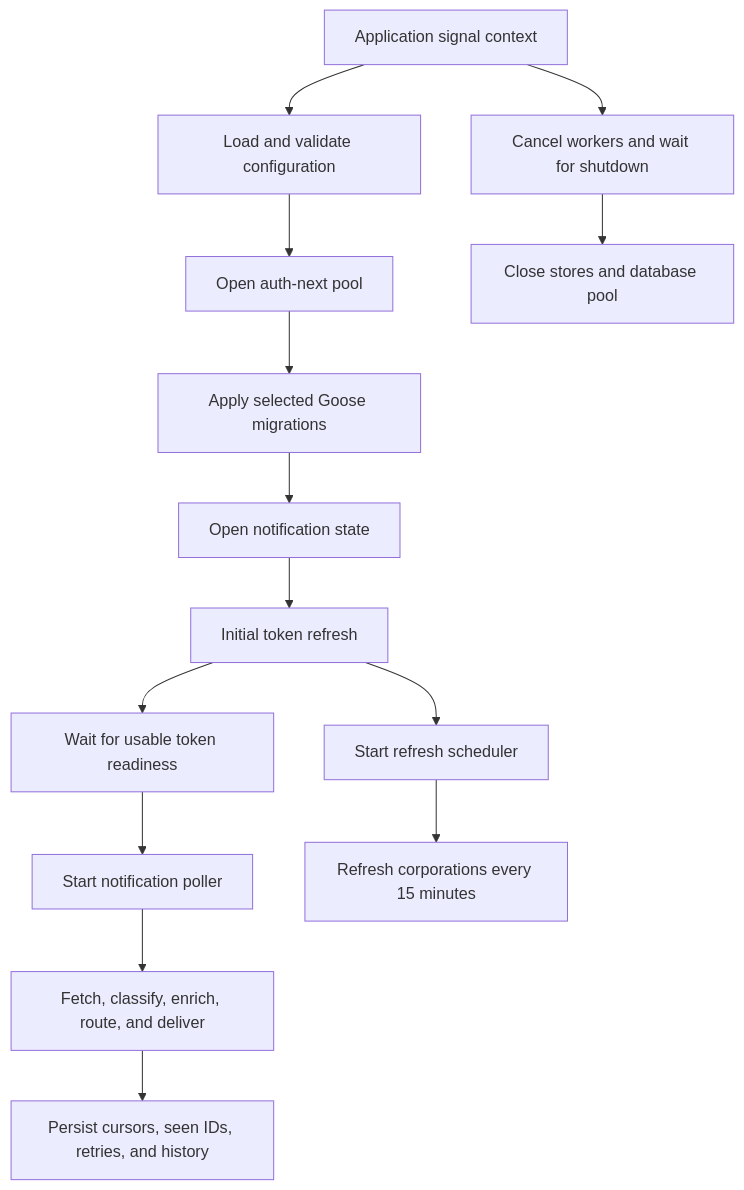
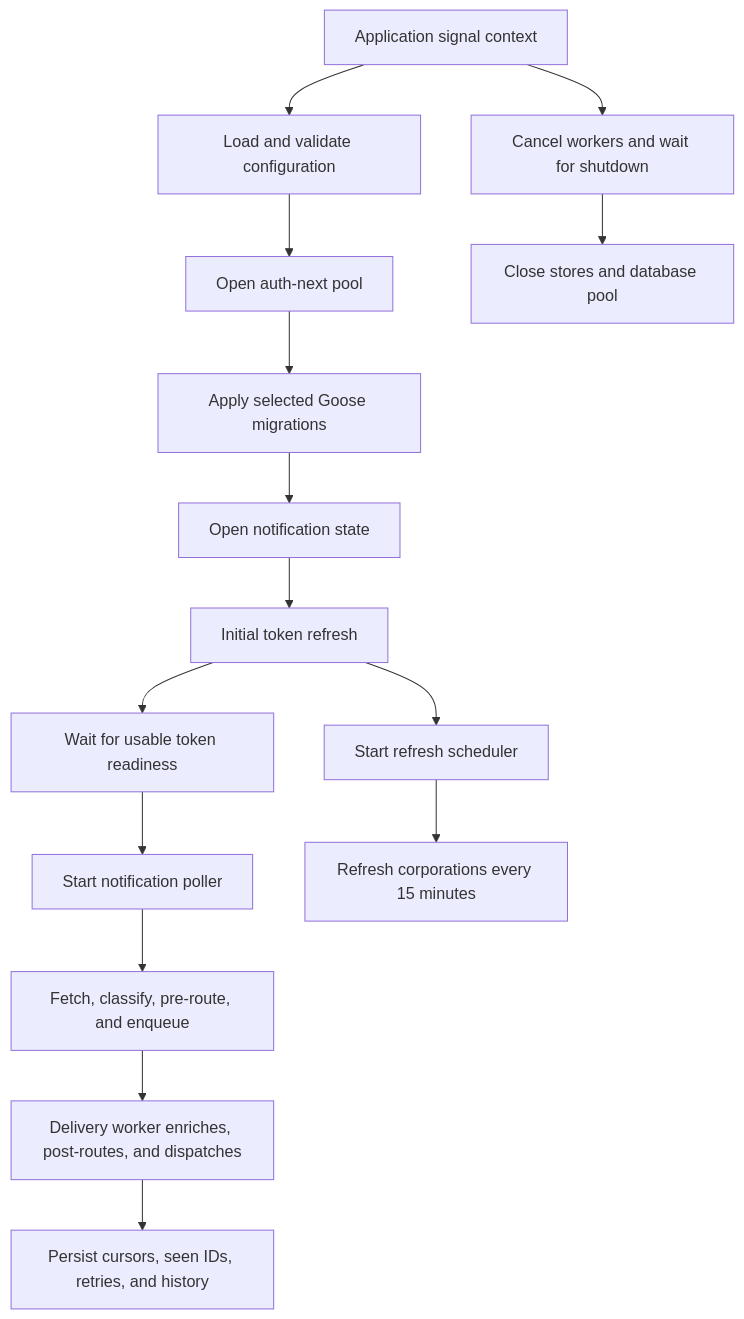
One commit to btnmasher/rex changed the first of 3 diagrams in DEVELOPMENT.md. Above: the diagram before and after it, drawn with Mermaid. The commit also changed other lines of this file and 61 other files, not shown here.

````diff
--- a/DEVELOPMENT.md
+++ b/DEVELOPMENT.md
@@ -35,16 +39,17 @@
 ```mermaid
 flowchart TD
     A[Application signal context] --> B[Load and validate configuration]
     B --> C[Open auth-next pool]
     C --> D[Apply selected Goose migrations]
     D --> E[Open notification state]
     E --> F[Initial token refresh]
     F --> G[Start refresh scheduler]
     F --> H[Wait for usable token readiness]
     H --> I[Start notification poller]
-    I --> J[Fetch, classify, enrich, route, and deliver]
+    I --> J[Fetch, classify, pre-route, and enqueue]
     G --> K[Refresh corporations every 15 minutes]
-    J --> L[Persist cursors, seen IDs, retries, and history]
-    A --> M[Cancel workers and wait for shutdown]
-    M --> N[Close stores and database pool]
+    J --> L[Delivery worker enriches, post-routes, and dispatches]
+    L --> M[Persist cursors, seen IDs, retries, and history]
+    A --> N[Cancel workers and wait for shutdown]
+    N --> O[Close stores and database pool]
 ```
````
